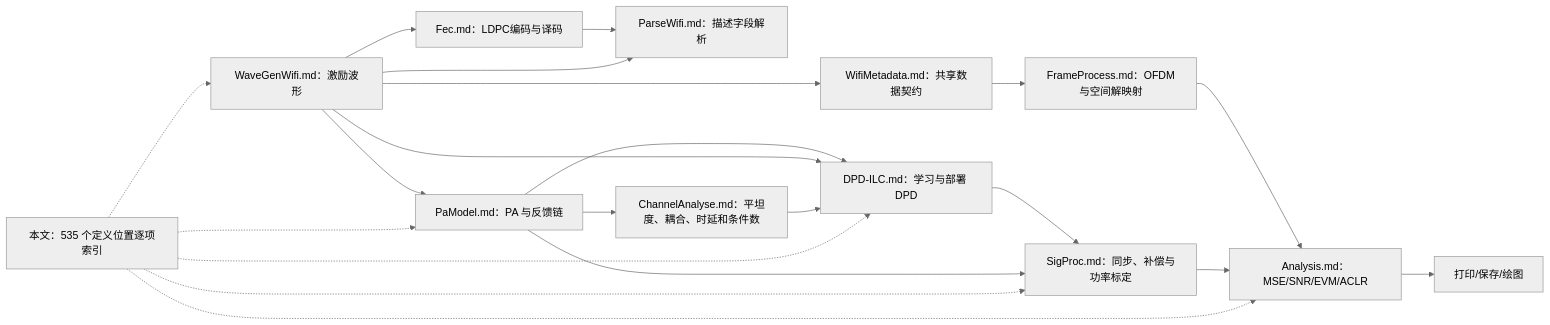
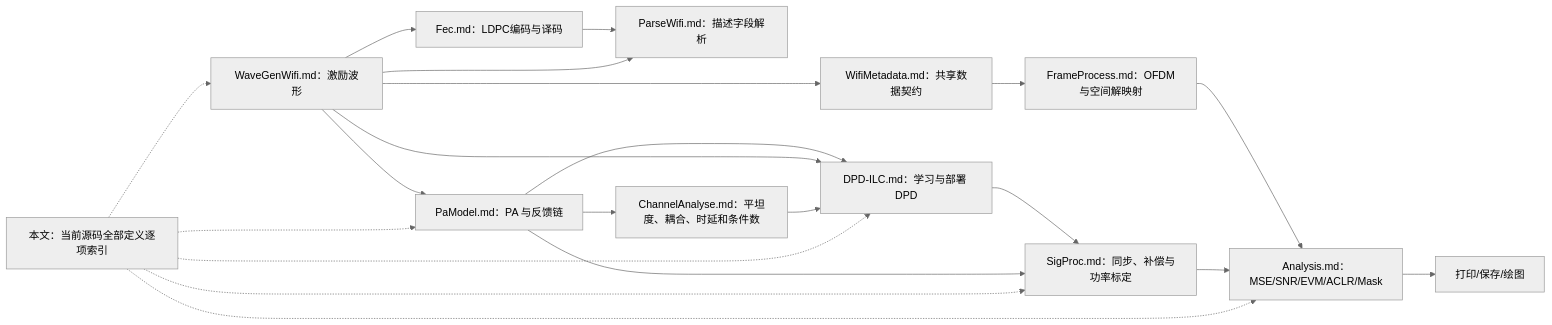
The diagram in doc/FunctionPrinciples.md (niyilu45/DPD_ILC), drawn with Mermaid (neutral theme) before and after one commit. The commit also changed other lines of this file and 5 other files, not shown here.

Commit message:
Add automatic Wi-Fi spectral mask analysis

````diff
--- a/doc/FunctionPrinciples.md
+++ b/doc/FunctionPrinciples.md
@@ -20,23 +20,23 @@
 ```mermaid
 flowchart LR
     wave["WaveGenWifi.md：激励波形"] --> pa["PaModel.md：PA 与反馈链"]
     wave --> fec["Fec.md：LDPC编码与译码"]
     fec --> parser["ParseWifi.md：描述字段解析"]
     wave --> parser
     pa --> ilc["DPD-ILC.md：学习与部署 DPD"]
     wave --> ilc
     ilc --> sync["SigProc.md：同步、补偿与功率标定"]
     wave --> metadata["WifiMetadata.md：共享数据契约"]
     metadata --> frame["FrameProcess.md：OFDM与空间解映射"]
     frame --> analysis
     pa --> sync
     pa --> channelMeasure["ChannelAnalyse.md：平坦度、耦合、时延和条件数"]
     channelMeasure --> ilc
-    sync --> analysis["Analysis.md：MSE/SNR/EVM/ACLR"]
+    sync --> analysis["Analysis.md：MSE/SNR/EVM/ACLR/Mask"]
     analysis --> report["打印/保存/绘图"]
-    audit["本文：535 个定义位置逐项索引"] -.-> wave
+    audit["本文：当前源码全部定义逐项索引"] -.-> wave
     audit -.-> pa
     audit -.-> ilc
     audit -.-> sync
     audit -.-> analysis
 ```
````
